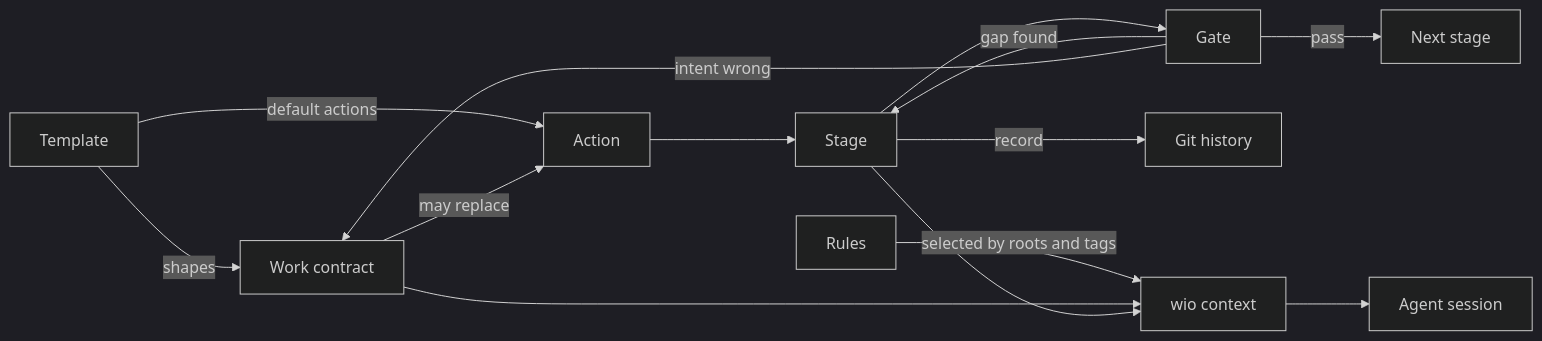
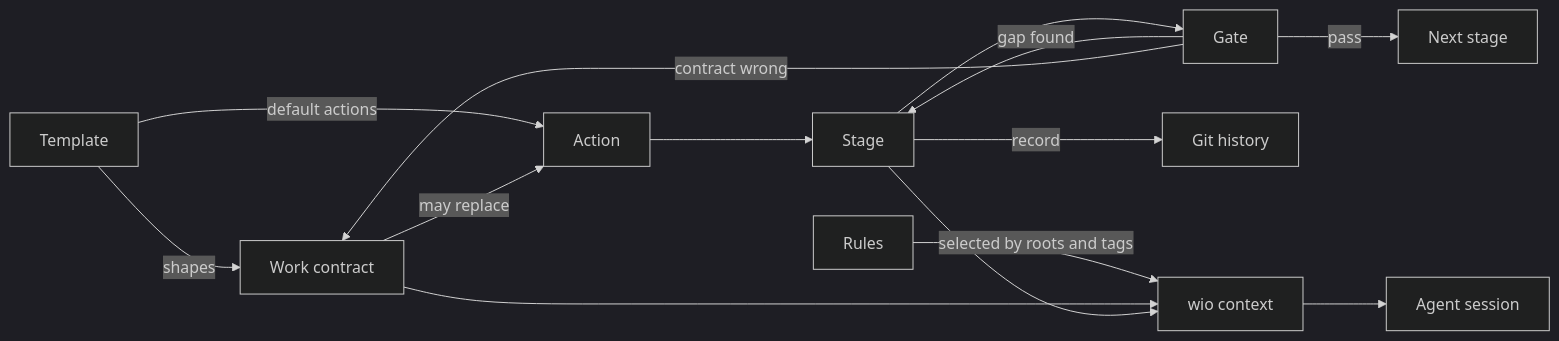
The diagram in docs/concepts.md (msitarz/wio), drawn with Mermaid (dark theme) before and after one commit. The commit also changed other lines of this file and 5 other files, not shown here.

````diff
--- a/docs/concepts.md
+++ b/docs/concepts.md
@@ -46,16 +68,16 @@
 ```mermaid
 flowchart LR
     T[Template] -->|shapes| C[Work contract]
     T -->|default actions| A[Action]
     C -->|may replace| A
     A --> S[Stage]
     S --> G[Gate]
     G -->|pass| S2[Next stage]
     G -->|gap found| S
-    G -->|intent wrong| C
+    G -->|contract wrong| C
     S -->|record| H[Git history]
     R[Rules] -->|selected by roots and tags| X[wio context]
     C --> X
     S --> X
     X --> AG[Agent session]
 ```
````
